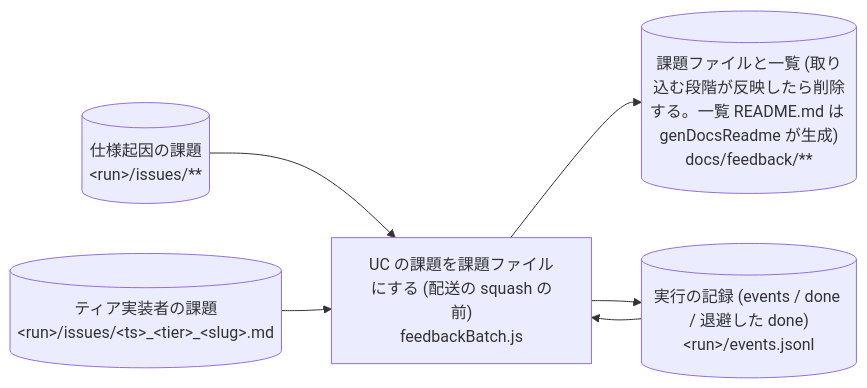
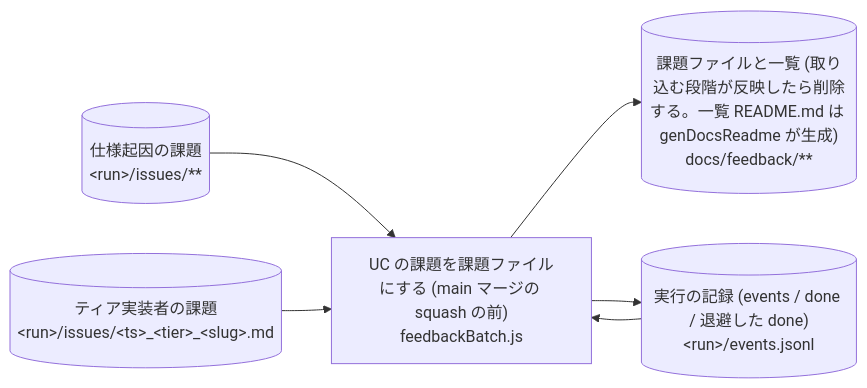
One commit to suwa-sh/suwa-sh-claude-plugins changed diagram 48 of 48 in plugins/distillery2/skills/d2-common/references/dataflow.md. Above: the diagram before and after it, drawn with Mermaid. The commit also changed other lines of this file and 23 other files, not shown here.

````diff
--- a/plugins/distillery2/skills/d2-common/references/dataflow.md
+++ b/plugins/distillery2/skills/d2-common/references/dataflow.md
@@ -1148,13 +1148,13 @@
 ```mermaid
 flowchart LR
-  p_run_uc_file_issues["UC の課題を課題ファイルにする (配送の squash の前)<br/>feedbackBatch.js"]
+  p_run_uc_file_issues["UC の課題を課題ファイルにする (main マージの squash の前)<br/>feedbackBatch.js"]
   s_issues[("仕様起因の課題<br/>#lt;run#gt;/issues/**")]
   s_issues_tier[("ティア実装者の課題<br/>#lt;run#gt;/issues/#lt;ts#gt;_#lt;tier#gt;_#lt;slug#gt;.md")]
   s_run_events[("実行の記録 (events / done / 退避した done)<br/>#lt;run#gt;/events.jsonl")]
   s_feedback_docs[("課題ファイルと一覧 (取り込む段階が反映したら削除する。一覧 README.md は genDocsReadme が生成)<br/>docs/feedback/**")]
   s_issues --> p_run_uc_file_issues
   s_issues_tier --> p_run_uc_file_issues
   s_run_events --> p_run_uc_file_issues
   p_run_uc_file_issues --> s_feedback_docs
   p_run_uc_file_issues --> s_run_events
 ```
````
